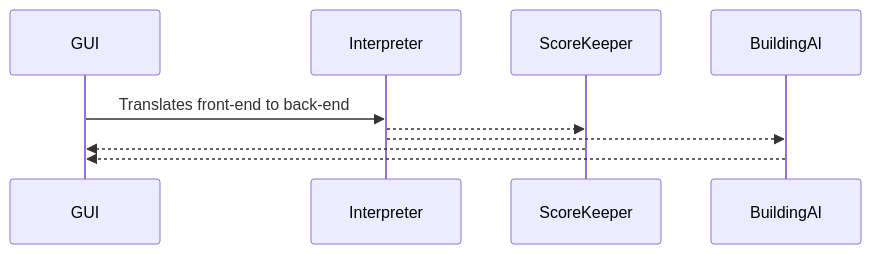
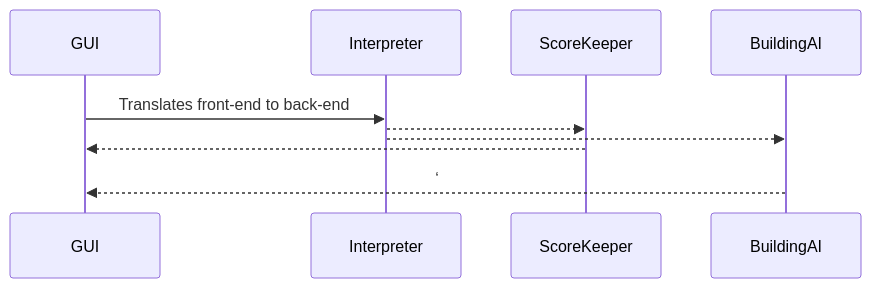
One commit to cbiddle3/skyRunner changed the first of 3 diagrams in README.md. Above: the diagram before and after it, drawn with Mermaid.

````diff
--- a/README.md
+++ b/README.md
@@ -12,9 +12,8 @@
 ```mermaid
 sequenceDiagram
    GUI->>Interpreter: Translates front-end to back-end
-   Interpreter-->>ScoreKeeper: 
-   Interpreter-->>BuildingAI: 
-   ScoreKeeper-->>GUI: 
-   BuildingAI-->>GUI:
-
+   Interpreter-->>ScoreKeeper:
+   Interpreter-->>BuildingAI:
+   ScoreKeeper-->>GUI:
+   BuildingAI-->>GUI:‘
 ```
````
